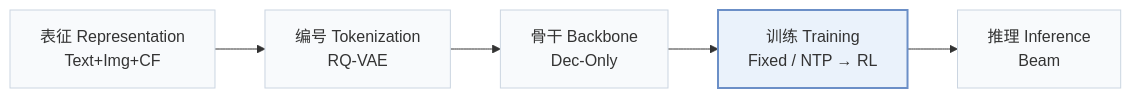
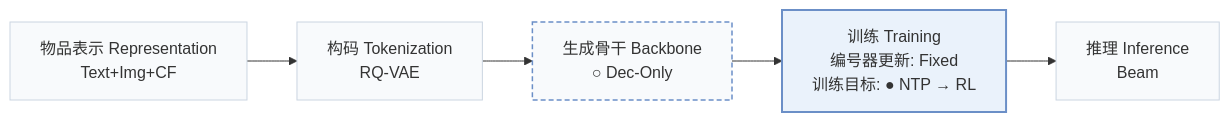
Before and after one commit to Galaxy-ghost/Awesome-SID-Generative-Rec: the first of 2 diagrams in pages/zh/papers/genrec-jd.md, drawn with Mermaid. The commit also changed other lines of this file and 558 other files, not shown here.

````diff
--- a/pages/zh/papers/genrec-jd.md
+++ b/pages/zh/papers/genrec-jd.md
@@ -15,8 +18,10 @@
 ```mermaid
 flowchart LR
-    R["表征 Representation<br/>Text+Img+CF"] --> T["编号 Tokenization<br/>RQ-VAE"] --> B["骨干 Backbone<br/>Dec-Only"] --> TR["训练 Training<br/>Fixed / NTP → RL"] --> I["推理 Inference<br/>Beam"]
+    R["物品表示 Representation<br/>Text+Img+CF"] --> T["构码 Tokenization<br/>RQ-VAE"] --> B["生成骨干 Backbone<br/>○ Dec-Only"] --> TR["训练 Training<br/>编号器更新: Fixed<br/>训练目标: ● NTP → RL"] --> I["推理 Inference<br/>Beam"]
     classDef base fill:#f8fafc,stroke:#cbd5e1
     class R,T,B,TR,I base
+    classDef other fill:#f8fafc,stroke:#6b8fc7,stroke-width:1.5px,stroke-dasharray:5 3
+    class B other
     classDef main fill:#eaf2fb,stroke:#6b8fc7,stroke-width:2px
     class TR main
 ```
````
